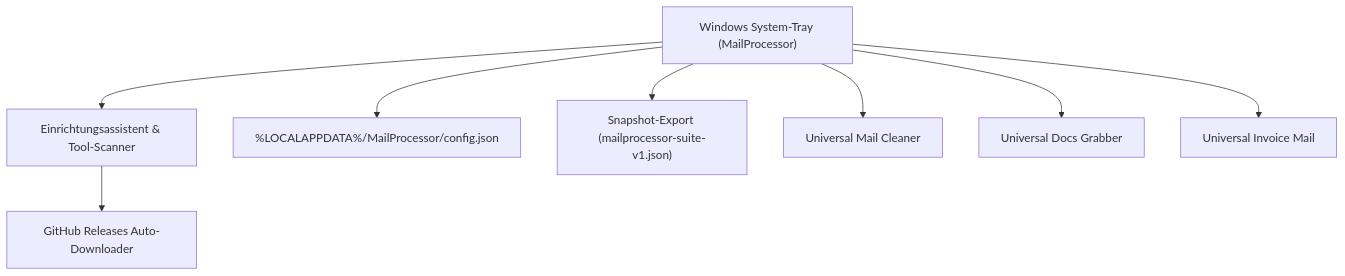
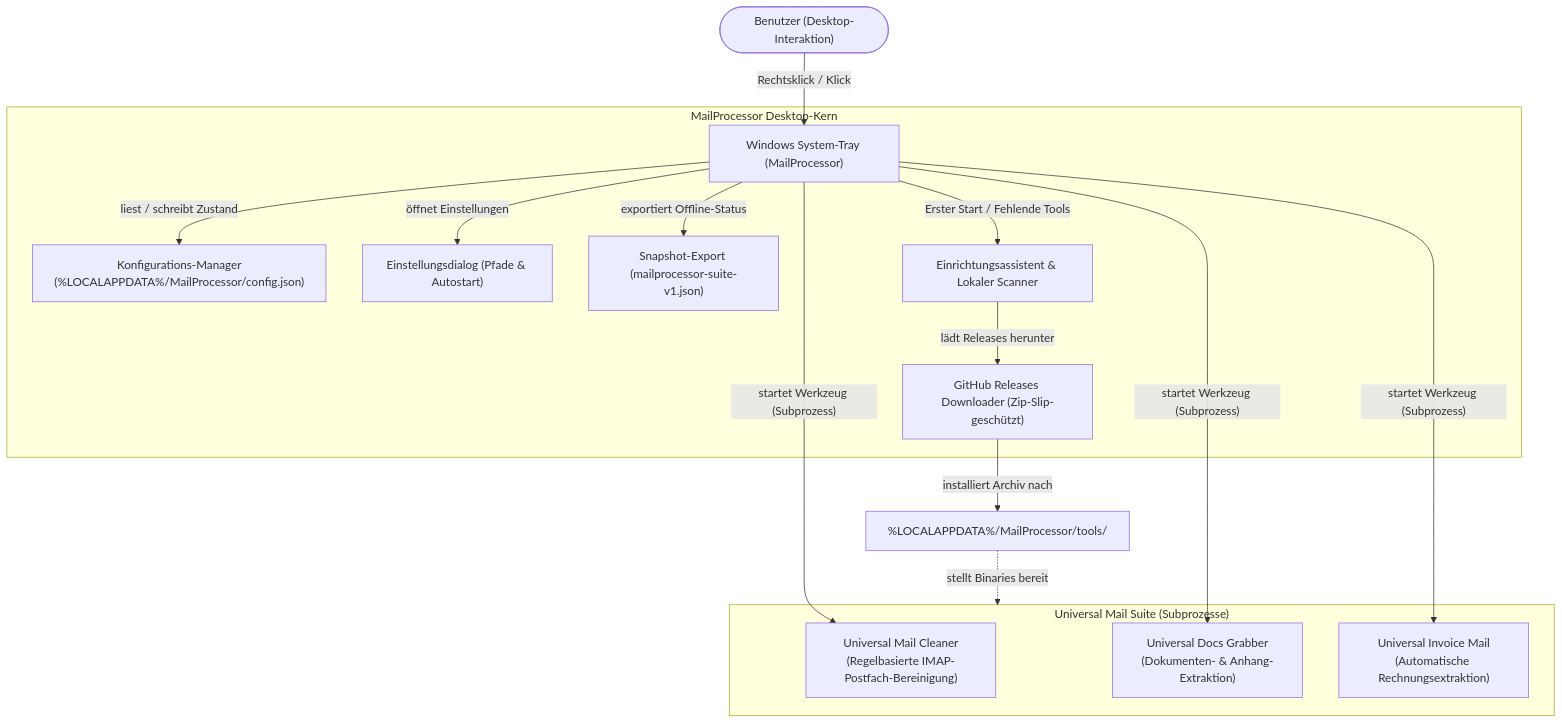
Before and after one commit to doc-bricks/MailProcessor: the first of 2 diagrams in README-DE.md, drawn with Mermaid. The commit also changed other lines of this file and 6 other files, not shown here.

Commit message:
docs(marketing): Pfad B bilingual README parity, dual Mermaid sequence & architecture diagrams, runtime invariants, and metadata contract tests

````diff
--- a/README-DE.md
+++ b/README-DE.md
@@ -45,10 +71,21 @@
 ```mermaid
-graph TD
-    Tray["Windows System-Tray (MailProcessor)"] --> Wizard["Einrichtungsassistent & Tool-Scanner"]
-    Tray --> Config["%LOCALAPPDATA%/MailProcessor/config.json"]
-    Tray --> Snapshot["Snapshot-Export (mailprocessor-suite-v1.json)"]
-    Tray --> Tool1["Universal Mail Cleaner"]
-    Tray --> Tool2["Universal Docs Grabber"]
-    Tray --> Tool3["Universal Invoice Mail"]
-    Wizard --> GitHub["GitHub Releases Auto-Downloader"]
+flowchart TD
+    User(["Benutzer (Desktop-Interaktion)"]) -->|"Rechtsklick / Klick"| Tray["Windows System-Tray (MailProcessor)"]
+
+    subgraph Core ["MailProcessor Desktop-Kern"]
+        Tray -->|"liest / schreibt Zustand"| Config["Konfigurations-Manager<br/>(%LOCALAPPDATA%/MailProcessor/config.json)"]
+        Tray -->|"öffnet Einstellungen"| SettingsDialog["Einstellungsdialog (Pfade & Autostart)"]
+        Tray -->|"exportiert Offline-Status"| Snapshot["Snapshot-Export (mailprocessor-suite-v1.json)"]
+        Tray -->|"Erster Start / Fehlende Tools"| Wizard["Einrichtungsassistent & Lokaler Scanner"]
+        Wizard -->|"lädt Releases herunter"| Downloader["GitHub Releases Downloader (Zip-Slip-geschützt)"]
+    end
+
+    subgraph Tools ["Universal Mail Suite (Subprozesse)"]
+        Tray -->|"startet Werkzeug (Subprozess)"| Tool1["Universal Mail Cleaner<br/>(Regelbasierte IMAP-Postfach-Bereinigung)"]
+        Tray -->|"startet Werkzeug (Subprozess)"| Tool2["Universal Docs Grabber<br/>(Dokumenten- & Anhang-Extraktion)"]
+        Tray -->|"startet Werkzeug (Subprozess)"| Tool3["Universal Invoice Mail<br/>(Automatische Rechnungsextraktion)"]
+    end
+
+    Downloader -->|"installiert Archiv nach"| LocalTools["%LOCALAPPDATA%/MailProcessor/tools/"]
+    LocalTools -.->|"stellt Binaries bereit"| Tools
 ```
````
